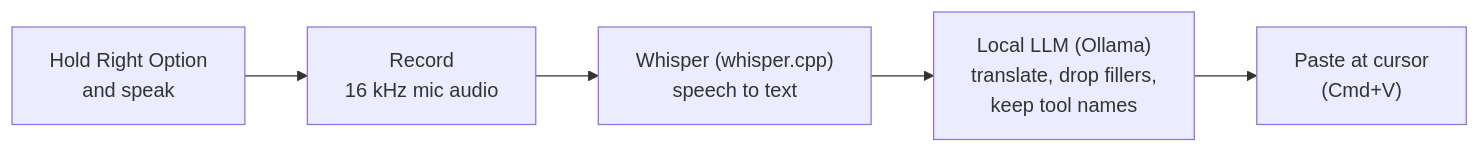
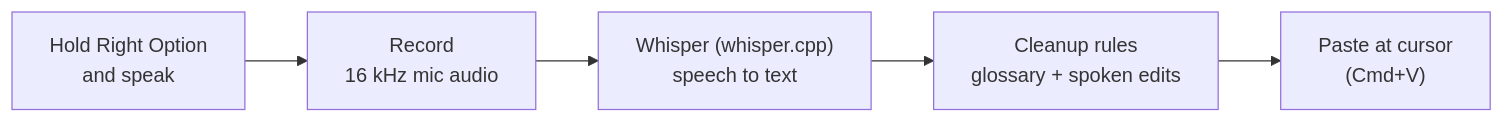
The diagram in README.md (ShaharCHH/my-voice-to-text-setup), drawn with Mermaid before and after one commit. The commit also changed other lines of this file and 25 other files, not shown here.

````diff
--- a/README.md
+++ b/README.md
@@ -9,7 +9,7 @@
 ```mermaid
 flowchart LR
     A["Hold Right Option<br/>and speak"] --> B["Record<br/>16 kHz mic audio"]
     B --> C["Whisper (whisper.cpp)<br/>speech to text"]
-    C --> D["Local LLM (Ollama)<br/>translate, drop fillers,<br/>keep tool names"]
+    C --> D["Cleanup rules<br/>glossary + spoken edits"]
     D --> E["Paste at cursor<br/>(Cmd+V)"]
 ```
````
